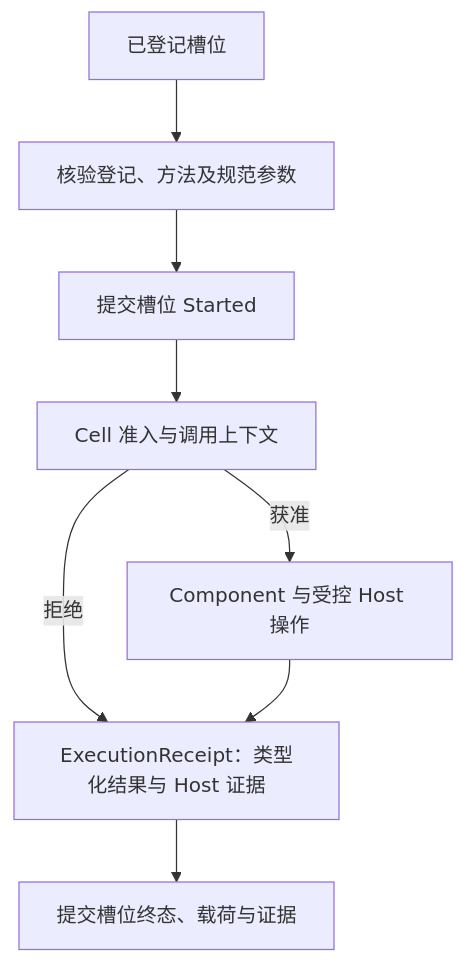
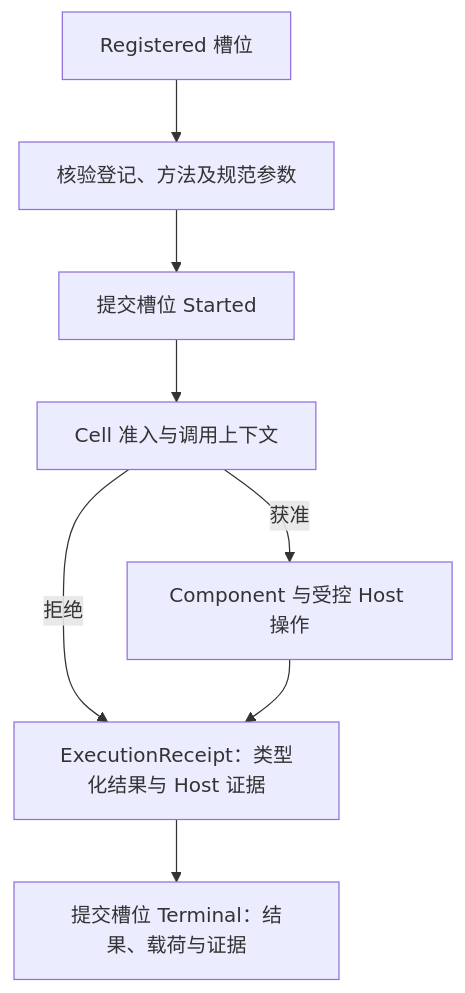
Before and after one commit to Skyline10124/lattice: the second of 2 diagrams in docs/architecture/lancet.md, drawn with Mermaid. The commit also changed other lines of this file and 12 other files, not shown here.

````diff
--- a/docs/architecture/lancet.md
+++ b/docs/architecture/lancet.md
@@ -136,10 +136,10 @@
 ```mermaid
 flowchart TD
-    R["已登记槽位"] --> V["核验登记、方法及规范参数"]
+    R["Registered 槽位"] --> V["核验登记、方法及规范参数"]
     V --> D["提交槽位 Started"]
     D --> A["Cell 准入与调用上下文"]
     A -->|获准| E["Component 与受控 Host 操作"]
     A -->|拒绝| Q["ExecutionReceipt：类型化结果与 Host 证据"]
     E --> Q
-    Q --> T["提交槽位终态、载荷与证据"]
+    Q --> T["提交槽位 Terminal：结果、载荷与证据"]
 ```
````
